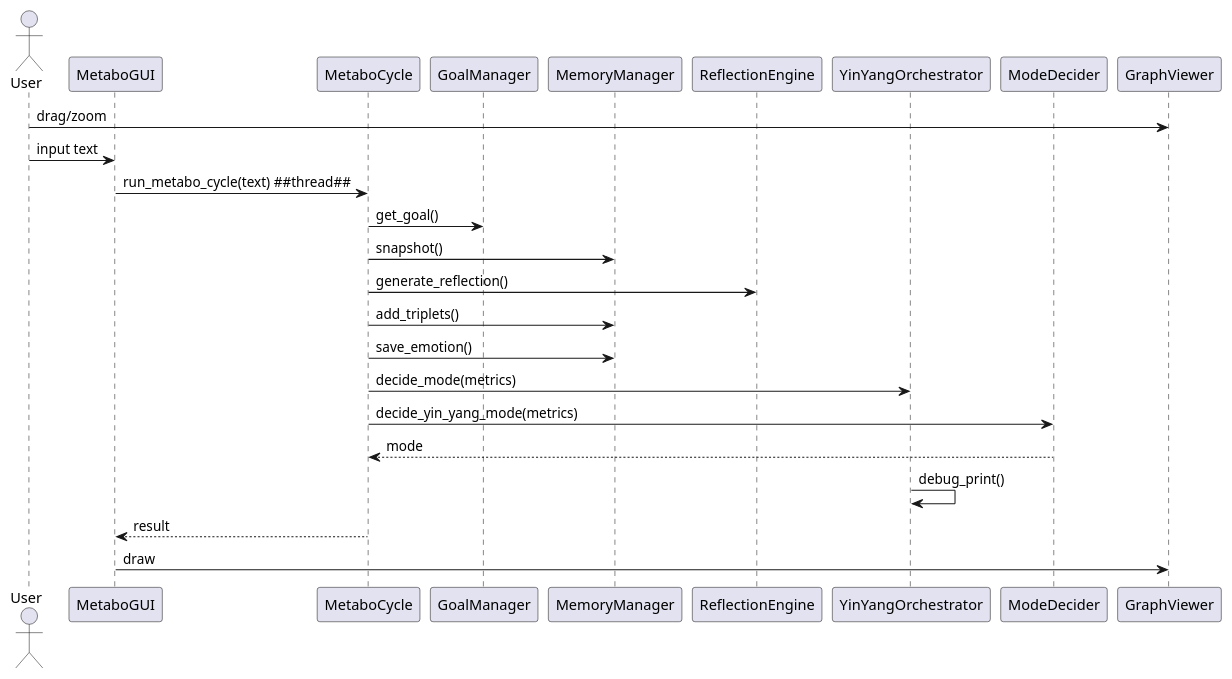
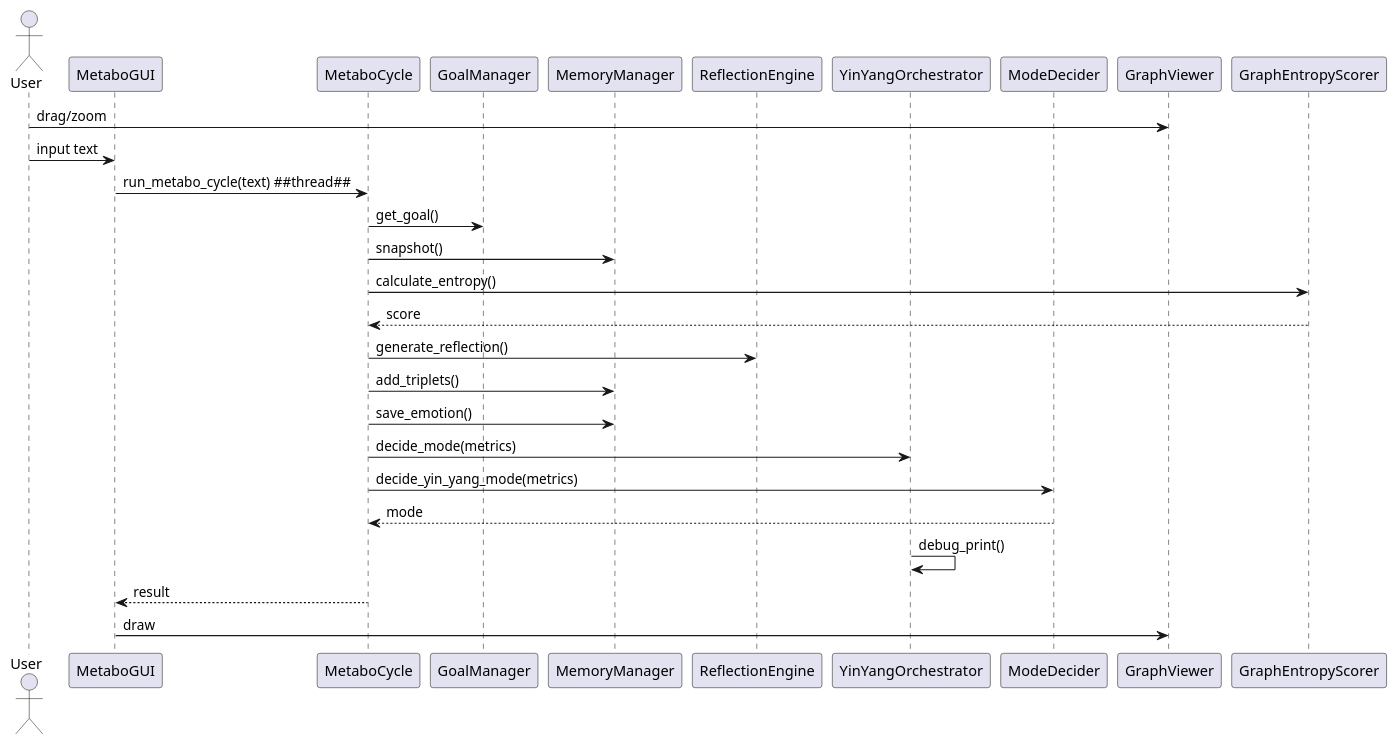
The diagram in doc/diagrams/sequence_diagram.puml (marcusreimold/MetaboMind), drawn with PlantUML before and after one commit. The commit also changed 5 other files, not shown here.

Commit message:
Add graph entropy scorer module

```diff
--- a/doc/diagrams/sequence_diagram.puml
+++ b/doc/diagrams/sequence_diagram.puml
@@ -1,26 +1,29 @@
 @startuml
 '/ updated after emotion-mode fix
 actor User
 participant MetaboGUI
 participant MetaboCycle
 participant GoalManager
 participant MemoryManager
 participant ReflectionEngine
 participant YinYangOrchestrator
 participant ModeDecider
 participant GraphViewer
+participant GraphEntropyScorer
 User -> GraphViewer: drag/zoom
 User -> MetaboGUI: input text
 MetaboGUI -> MetaboCycle: run_metabo_cycle(text) ##thread##
 MetaboCycle -> GoalManager: get_goal()
 MetaboCycle -> MemoryManager: snapshot()
+MetaboCycle -> GraphEntropyScorer: calculate_entropy()
+GraphEntropyScorer --> MetaboCycle: score
 MetaboCycle -> ReflectionEngine: generate_reflection()
 MetaboCycle -> MemoryManager: add_triplets()
 MetaboCycle -> MemoryManager: save_emotion()
 MetaboCycle -> YinYangOrchestrator: decide_mode(metrics)
 MetaboCycle -> ModeDecider: decide_yin_yang_mode(metrics)
 ModeDecider --> MetaboCycle: mode
 YinYangOrchestrator -> YinYangOrchestrator: debug_print()
 MetaboCycle --> MetaboGUI: result
 MetaboGUI -> GraphViewer: draw
 @enduml
```
